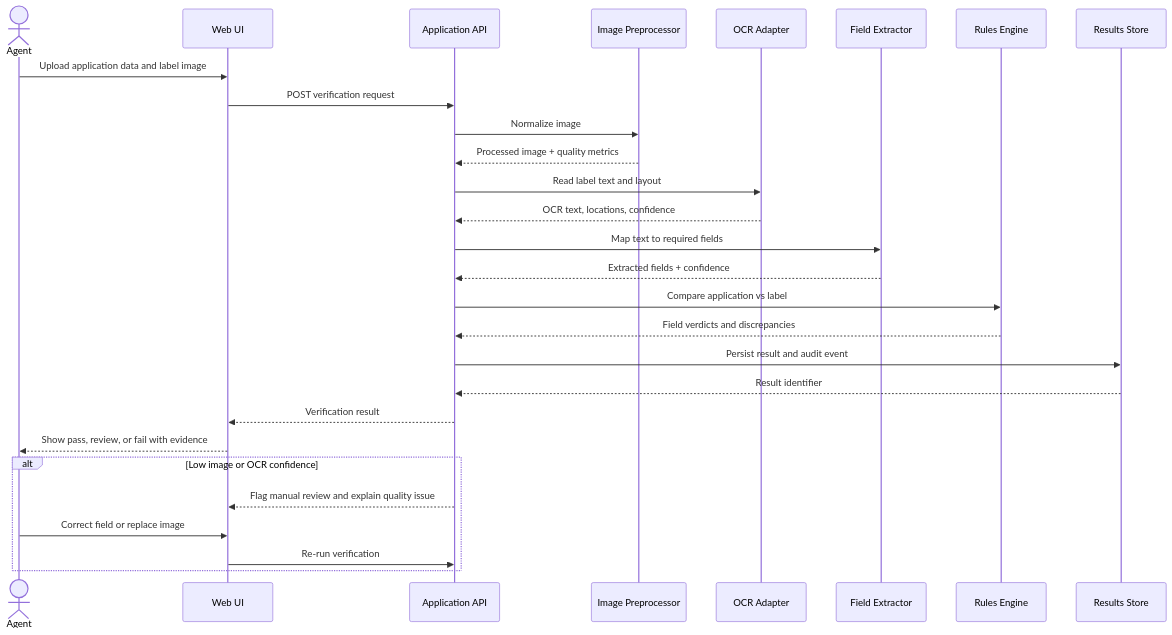
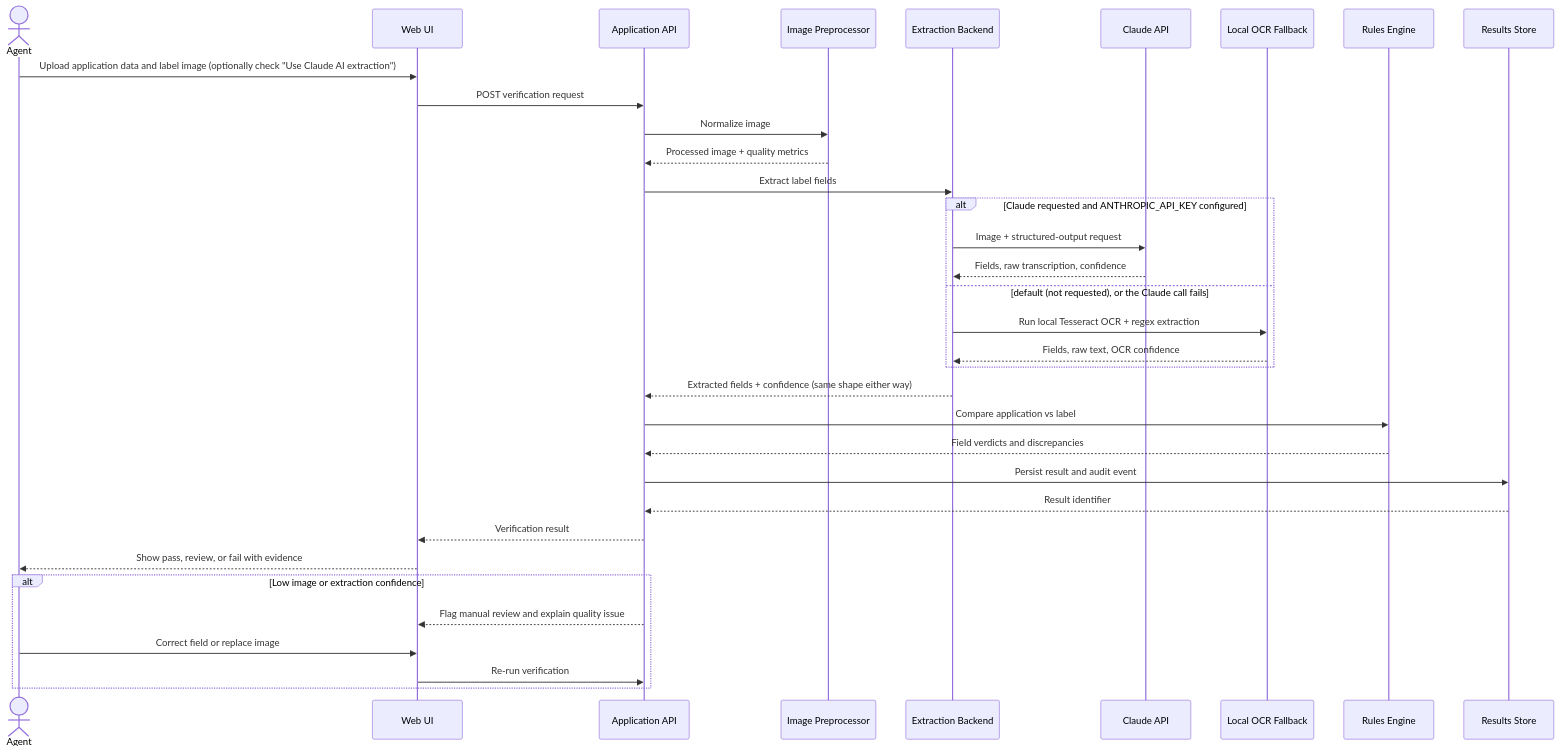
One commit to axu0910/treasury_take_home changed the third of 7 diagrams in arch.md. Above: the diagram before and after it, drawn with Mermaid. The commit also changed other lines of this file and 34 other files, not shown here.

First line of the commit message:
Add Claude vision extraction (opt-in) and RapidOCR-backed local default

````diff
--- a/arch.md
+++ b/arch.md
@@ -81,32 +84,38 @@
 ```mermaid
 sequenceDiagram
     actor Agent
     participant UI as Web UI
     participant API as Application API
     participant P as Image Preprocessor
-    participant O as OCR Adapter
-    participant E as Field Extractor
+    participant X as Extraction Backend
+    participant C as Claude API
+    participant F as Local OCR Fallback
     participant R as Rules Engine
     participant S as Results Store
 
-    Agent->>UI: Upload application data and label image
+    Agent->>UI: Upload application data and label image (optionally check "Use Claude AI extraction")
     UI->>API: POST verification request
     API->>P: Normalize image
     P-->>API: Processed image + quality metrics
-    API->>O: Read label text and layout
-    O-->>API: OCR text, locations, confidence
-    API->>E: Map text to required fields
-    E-->>API: Extracted fields + confidence
+    API->>X: Extract label fields
+    alt Claude requested and ANTHROPIC_API_KEY configured
+        X->>C: Image + structured-output request
+        C-->>X: Fields, raw transcription, confidence
+    else default (not requested), or the Claude call fails
+        X->>F: Run local Tesseract OCR + regex extraction
+        F-->>X: Fields, raw text, OCR confidence
+    end
+    X-->>API: Extracted fields + confidence (same shape either way)
     API->>R: Compare application vs label
     R-->>API: Field verdicts and discrepancies
     API->>S: Persist result and audit event
     S-->>API: Result identifier
     API-->>UI: Verification result
     UI-->>Agent: Show pass, review, or fail with evidence
 
-    alt Low image or OCR confidence
+    alt Low image or extraction confidence
         API-->>UI: Flag manual review and explain quality issue
         Agent->>UI: Correct field or replace image
         UI->>API: Re-run verification
     end
 ```
````
